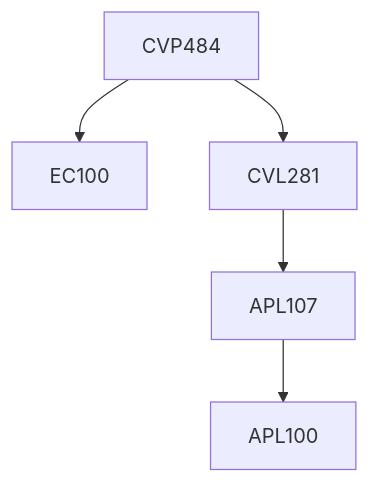
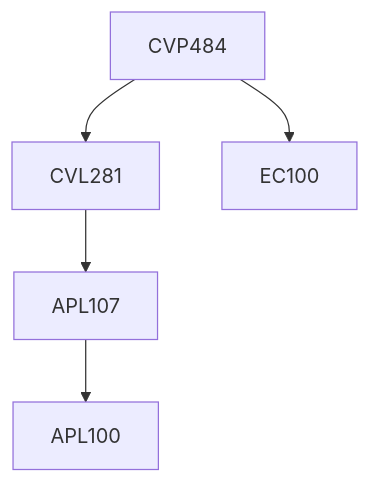
The diagram in content/Civil Engineering/CVP484.md (KeshavBansal0122/CoS_Website), drawn with Mermaid before and after one commit. The commit also changed other lines of this file and 2662 other files, not shown here.

````diff
--- a/content/Civil Engineering/CVP484.md
+++ b/content/Civil Engineering/CVP484.md
@@ -13,11 +13,11 @@
 ```mermaid
 flowchart TD
 CVP484-297[CVP484]
+CVP484-297 --> CVL281-297[CVL281]
 CVP484-297 --> EC100-297[EC100]
-CVP484-297 --> CVL281-297[CVL281]
 APL107-297 --> APL100-297[APL100]
 CVL281-297 --> APL107-297[APL107]
 
 classDef empty height:17px, fill:transparent, stroke:transparent;
 classDef trueEmpty height:0px, width:0px;
 ```
````
